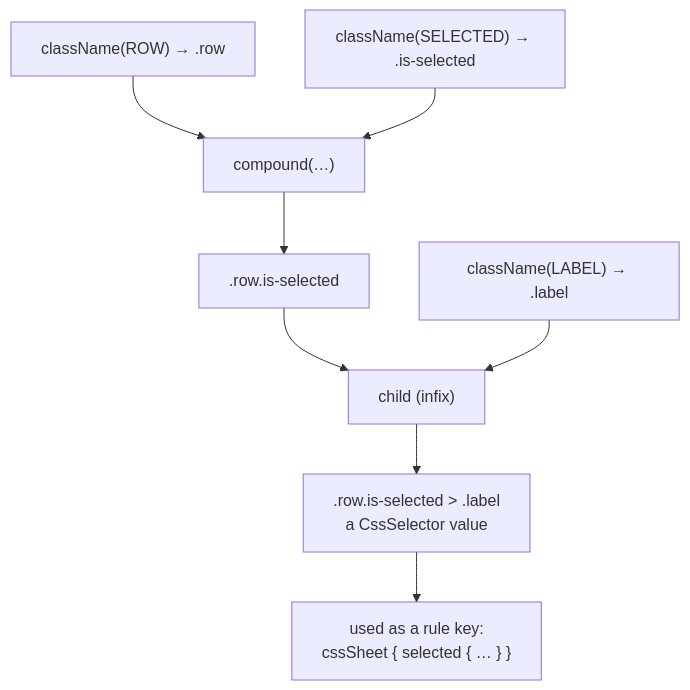
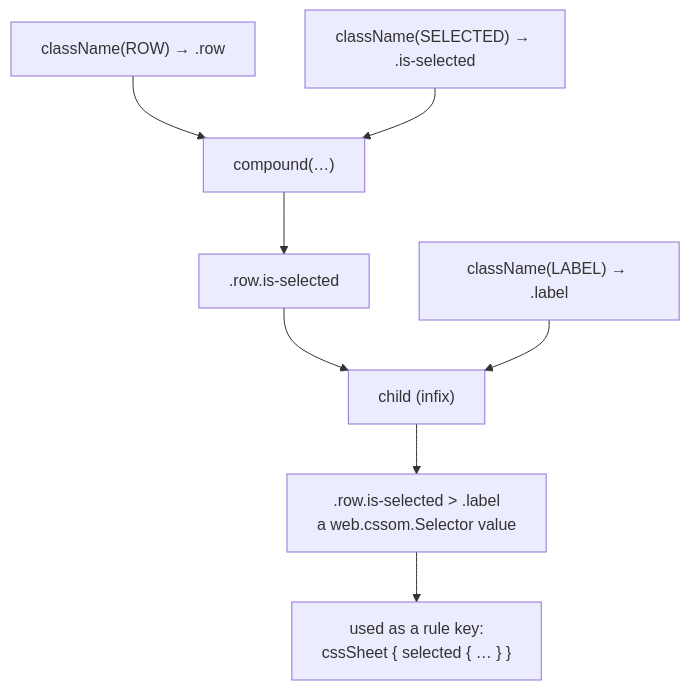
One commit to shijianjs/ktjs-dom-kit changed the second of 2 diagrams in docs/src/jsMain/resources/docs/dom-kit/css-sheet.md. Above: the diagram before and after it, drawn with Mermaid. The commit also changed other lines of this file and 8 other files, not shown here.

Commit message:
dom-kit: a built selector is cssom's Selector, not a second copy

````diff
--- a/docs/src/jsMain/resources/docs/dom-kit/css-sheet.md
+++ b/docs/src/jsMain/resources/docs/dom-kit/css-sheet.md
@@ -162,10 +164,10 @@
 ```mermaid
 flowchart TB
   R["className(ROW) → .row"] --> CP["compound(…)"]
   S["className(SELECTED) → .is-selected"] --> CP
   CP --> CMP[".row.is-selected"]
   CMP --> CH["child (infix)"]
   L["className(LABEL) → .label"] --> CH
-  CH --> OUT[".row.is-selected > .label<br/>a CssSelector value"]
+  CH --> OUT[".row.is-selected > .label<br/>a web.cssom.Selector value"]
   OUT --> KEY["used as a rule key:<br/>cssSheet { selected { … } }"]
 ```
````
